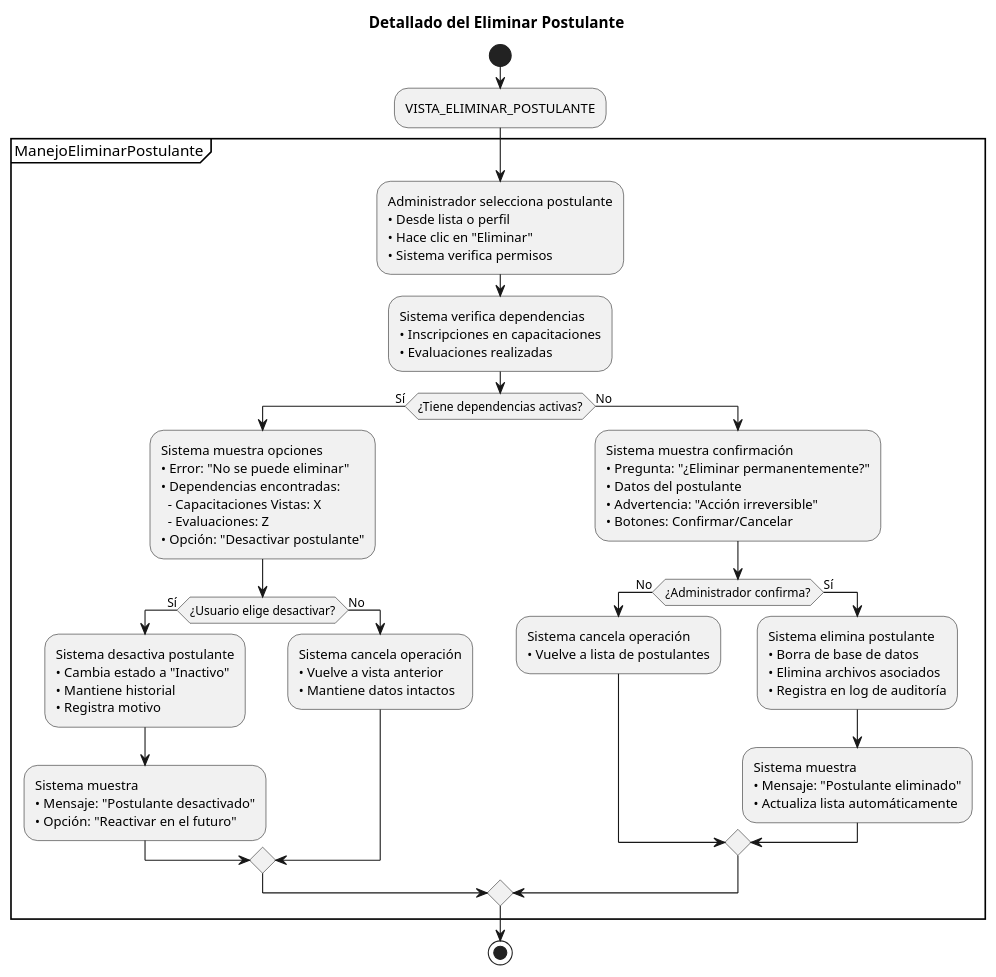
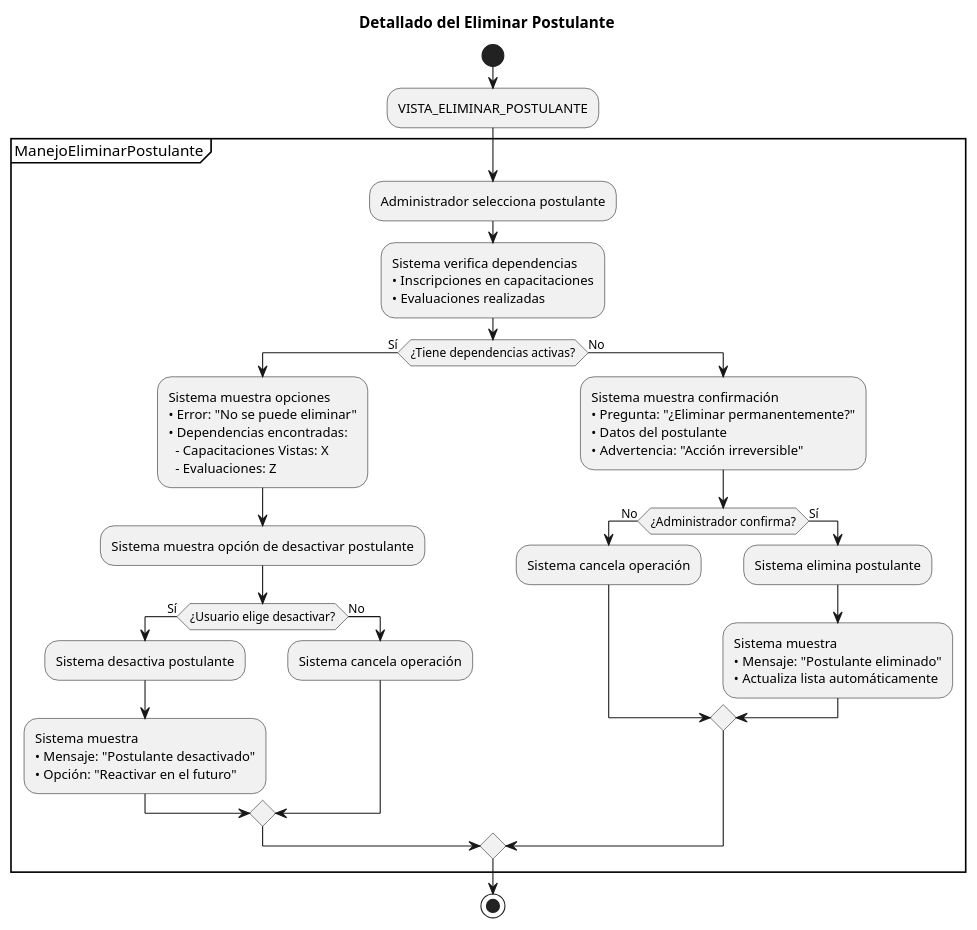
One commit to Dievex/24-25-IdSw1-SDR changed the diagram in casos_de_uso/diagramas_casos_de_uso_detallados/eliminar_postulante.puml. Above: the diagram before and after it, drawn with PlantUML.

Commit message:
refactor(usecase): simplify eliminar_postulante.puml by removing redundant details

```diff
--- a/casos_de_uso/diagramas_casos_de_uso_detallados/eliminar_postulante.puml
+++ b/casos_de_uso/diagramas_casos_de_uso_detallados/eliminar_postulante.puml
@@ -1,74 +1,62 @@
 @startuml
 title Detallado del Eliminar Postulante
 
 start
 
 :VISTA_ELIMINAR_POSTULANTE;
 
 partition ManejoEliminarPostulante {
   
-  :Administrador selecciona postulante
-  • Desde lista o perfil
-  • Hace clic en "Eliminar"
-  • Sistema verifica permisos;
+  :Administrador selecciona postulante;
   
   :Sistema verifica dependencias
   • Inscripciones en capacitaciones
   • Evaluaciones realizadas;
 
   
   if (¿Tiene dependencias activas?) then (Sí)
     :Sistema muestra opciones
     • Error: "No se puede eliminar"
     • Dependencias encontradas:
       - Capacitaciones Vistas: X
-      - Evaluaciones: Z
-    • Opción: "Desactivar postulante";
+      - Evaluaciones: Z;
+
+    :Sistema muestra opción de desactivar postulante;
     
     if (¿Usuario elige desactivar?) then (Sí)
-      :Sistema desactiva postulante
-      • Cambia estado a "Inactivo"
-      • Mantiene historial
-      • Registra motivo;
+      :Sistema desactiva postulante;
       
       :Sistema muestra
       • Mensaje: "Postulante desactivado"
       • Opción: "Reactivar en el futuro";
       
     else (No)
-      :Sistema cancela operación
-      • Vuelve a vista anterior
-      • Mantiene datos intactos;
+      :Sistema cancela operación;
       
     endif
     
   else (No)
     :Sistema muestra confirmación
     • Pregunta: "¿Eliminar permanentemente?"
     • Datos del postulante
-    • Advertencia: "Acción irreversible"
-    • Botones: Confirmar/Cancelar;
+    • Advertencia: "Acción irreversible";
     
     if (¿Administrador confirma?) then (No)
-      :Sistema cancela operación
-      • Vuelve a lista de postulantes;
+      :Sistema cancela operación;
       
     else (Sí)
-      :Sistema elimina postulante
-      • Borra de base de datos
-      • Elimina archivos asociados
-      • Registra en log de auditoría;
+      :Sistema elimina postulante;
     
       
       :Sistema muestra
       • Mensaje: "Postulante eliminado"
       • Actualiza lista automáticamente;
       
     endif
     
   endif
   
 }
 
 stop
 @enduml
```
